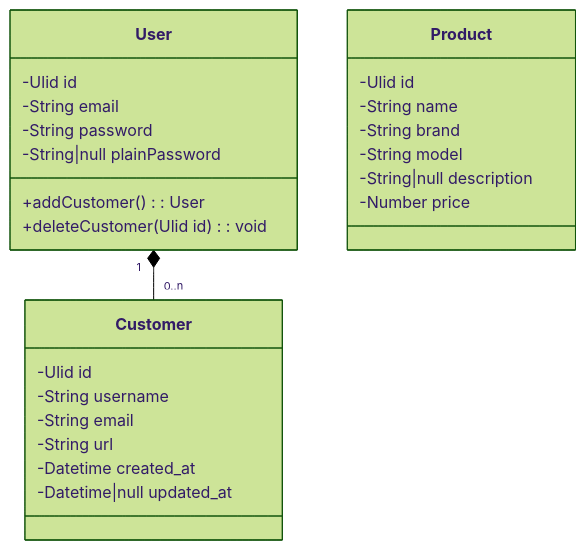
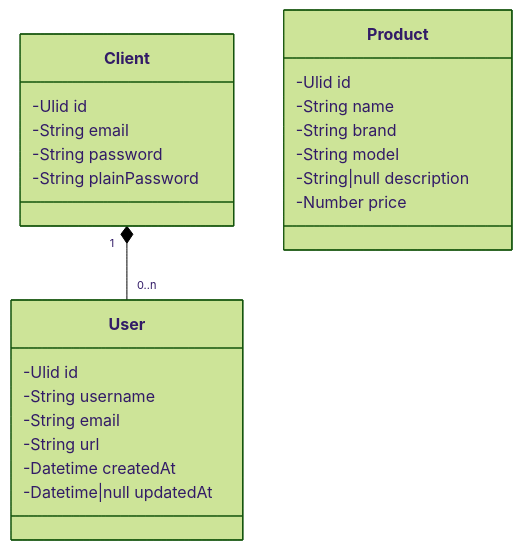
One commit to acecconato/AnthonyCecconato_7_12052023 changed the diagram in docs/class/class.md. Above: the diagram before and after it, drawn with Mermaid (forest theme). The commit also changed 8 other files, not shown here.

Commit message:
Refactor diagrams

````diff
--- a/docs/class/class.md
+++ b/docs/class/class.md
@@ -1,33 +1,30 @@
 ```mermaid
 classDiagram
 
-class User {
+class Client {
     -Ulid id
     -String email
     -String password
-    -String|null plainPassword
-    
-    +addCustomer(): User
-    +deleteCustomer(Ulid id): void
+    -String plainPassword
 }
 
-class Customer {
+class User {
     -Ulid id
     -String username
     -String email
     -String url
-    -Datetime created_at
-    -Datetime|null updated_at
+    -Datetime createdAt
+    -Datetime|null updatedAt
 }
 
 class Product {
     -Ulid id
     -String name
     -String brand
     -String model
     -String|null description
     -Number price
 }
 
-User "1"*--"0..n" Customer
+Client "1"*--"0..n" User
 ```
````
